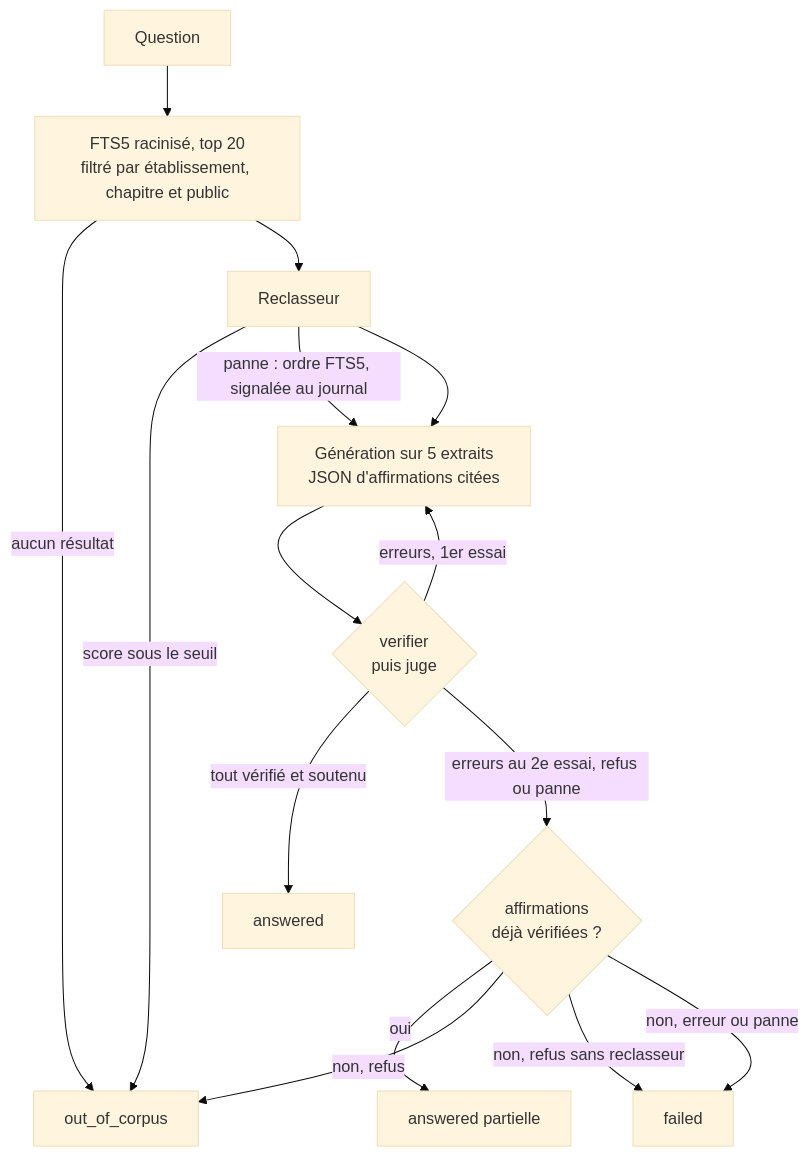
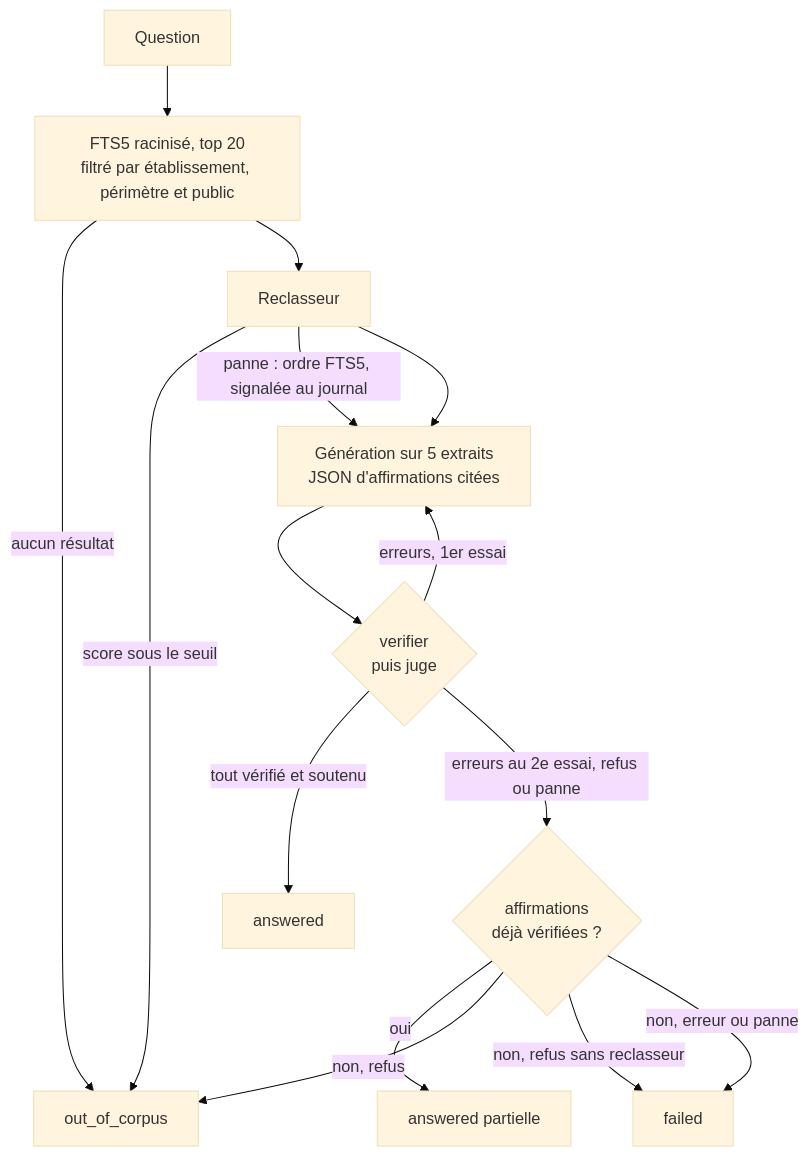
The sixth of 6 diagrams in docs/architecture.md (theopaolo/thot), drawn with Mermaid (base theme) before and after one commit. The commit also changed other lines of this file and 19 other files, not shown here.

````diff
--- a/docs/architecture.md
+++ b/docs/architecture.md
@@ -345,17 +353,17 @@
 ```mermaid
 flowchart TD
-  Q[Question] --> F[FTS5 racinisé, top 20<br/>filtré par établissement, chapitre et public]
+  Q[Question] --> F[FTS5 racinisé, top 20<br/>filtré par établissement, périmètre et public]
   F -- aucun résultat --> HC[out_of_corpus]
   F --> RR[Reclasseur]
   RR -- score sous le seuil --> HC
   RR -- "panne : ordre FTS5, signalée au journal" --> G
   RR --> G[Génération sur 5 extraits<br/>JSON d'affirmations citées]
   G --> V{verifier<br/>puis juge}
   V -- tout vérifié et soutenu --> OK[answered]
   V -- erreurs, 1er essai --> G
   V -- erreurs au 2e essai, refus ou panne --> P{affirmations<br/>déjà vérifiées ?}
   P -- oui --> PART[answered partielle]
   P -- "non, refus" --> HC
   P -- "non, refus sans reclasseur" --> KO
   P -- "non, erreur ou panne" --> KO[failed]
 ```
````
